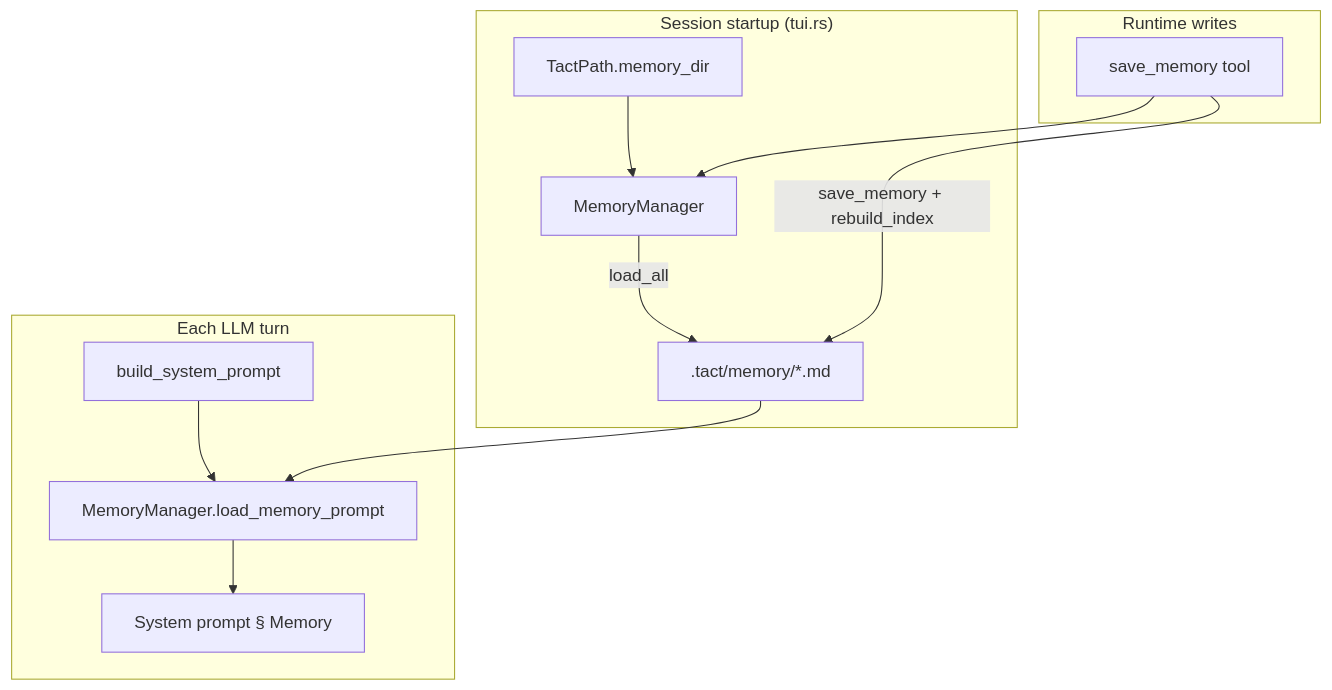
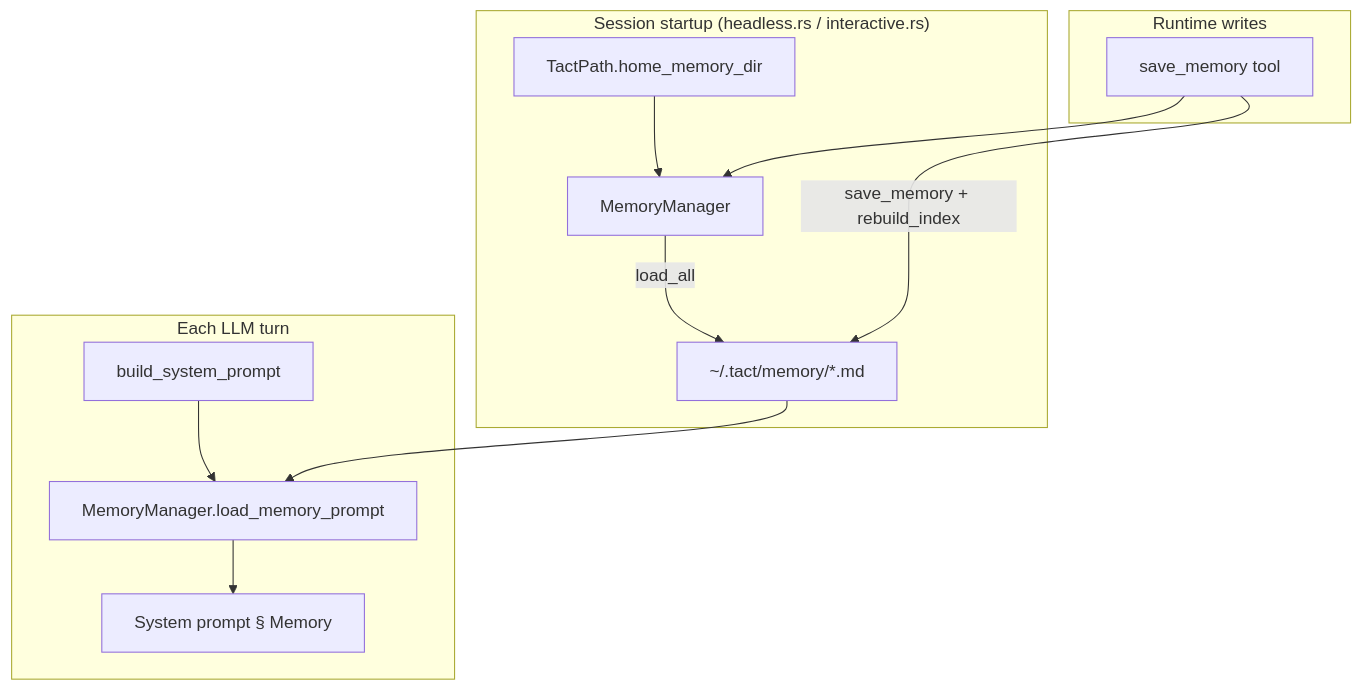
The diagram in book/03_chapter_memory.md (rust-infra/tact), drawn with Mermaid before and after one commit. The commit also changed other lines of this file and 166 other files, not shown here.

````diff
--- a/book/03_chapter_memory.md
+++ b/book/03_chapter_memory.md
@@ -27,24 +27,24 @@
 ```mermaid
 graph TB
-    subgraph Startup["Session startup (tui.rs)"]
-        TP[TactPath.memory_dir]
+    subgraph Startup["Session startup (headless.rs / interactive.rs)"]
+        TP[TactPath.home_memory_dir]
         MM[MemoryManager]
         TP --> MM
-        MM -->|load_all| Files[".tact/memory/*.md"]
+        MM -->|load_all| Files["~/.tact/memory/*.md"]
     end
 
     subgraph Agent["Each LLM turn"]
         BSP[build_system_prompt]
         MM2[MemoryManager.load_memory_prompt]
         BSP --> MM2
         MM2 --> SP["System prompt § Memory"]
     end
 
     subgraph Tools["Runtime writes"]
         SM[save_memory tool]
         SM -->|save_memory + rebuild_index| Files
         SM --> MM
     end
 
     Files --> MM2
 ```
````
